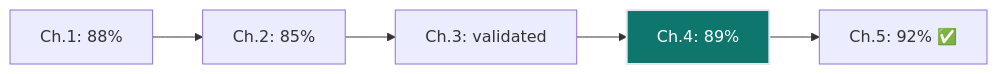
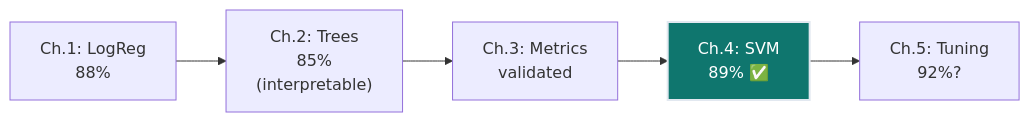
One commit to deepakshamsft/ai-portfolio changed the sixth of 6 diagrams in notes/ML/02_classification/ch04_svm/README.md. Above: the diagram before and after it, drawn with Mermaid. The commit also changed other lines of this file and 41 other files, not shown here.

````diff
--- a/notes/ML/02_classification/ch04_svm/README.md
+++ b/notes/ML/02_classification/ch04_svm/README.md
@@ -225,8 +573,8 @@
 ```mermaid
 graph LR
-    A["Ch.1: 88%"] --> B["Ch.2: 85%"]
-    B --> C["Ch.3: validated"]
-    C --> D["Ch.4: 89%"]
-    D --> E["Ch.5: 92% ✅"]
+    A["Ch.1: LogReg<br/>88%"] --> B["Ch.2: Trees<br/>85%<br/>(interpretable)"]
+    B --> C["Ch.3: Metrics<br/>validated"]
+    C --> D["Ch.4: SVM<br/>89% ✅"]
+    D --> E["Ch.5: Tuning<br/>92%?"]
     style D fill:#0f766e,stroke:#e2e8f0,stroke-width:2px,color:#ffffff
 ```
````
